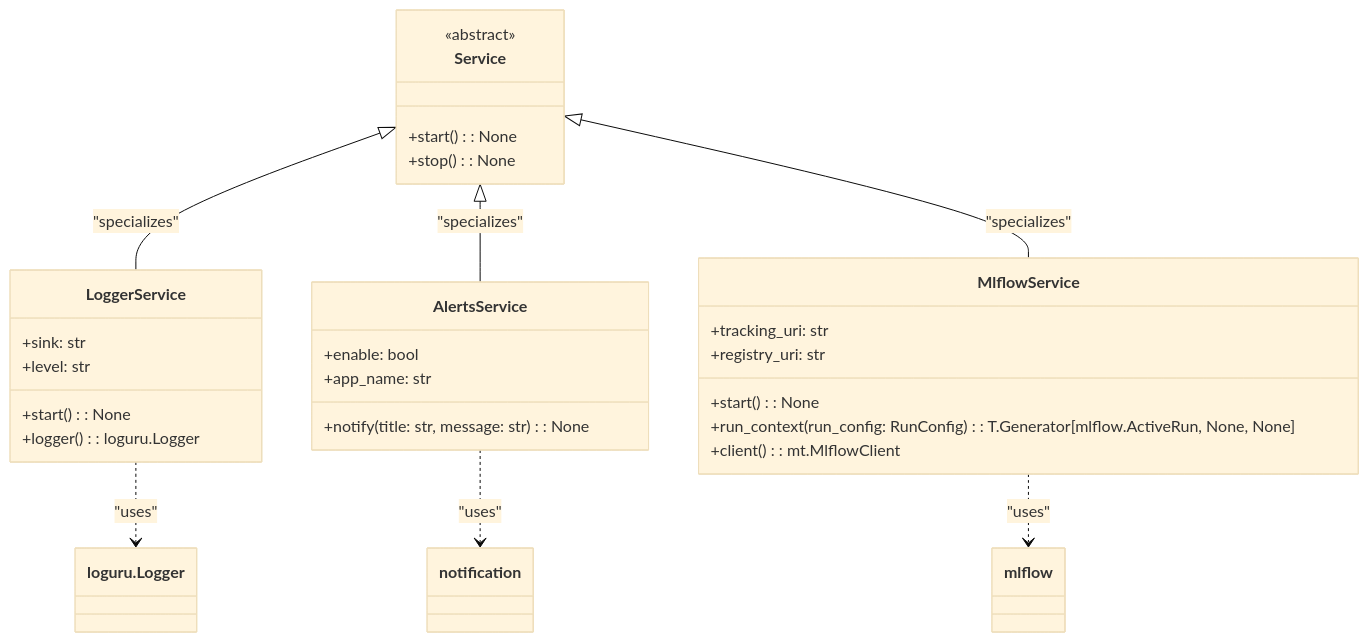
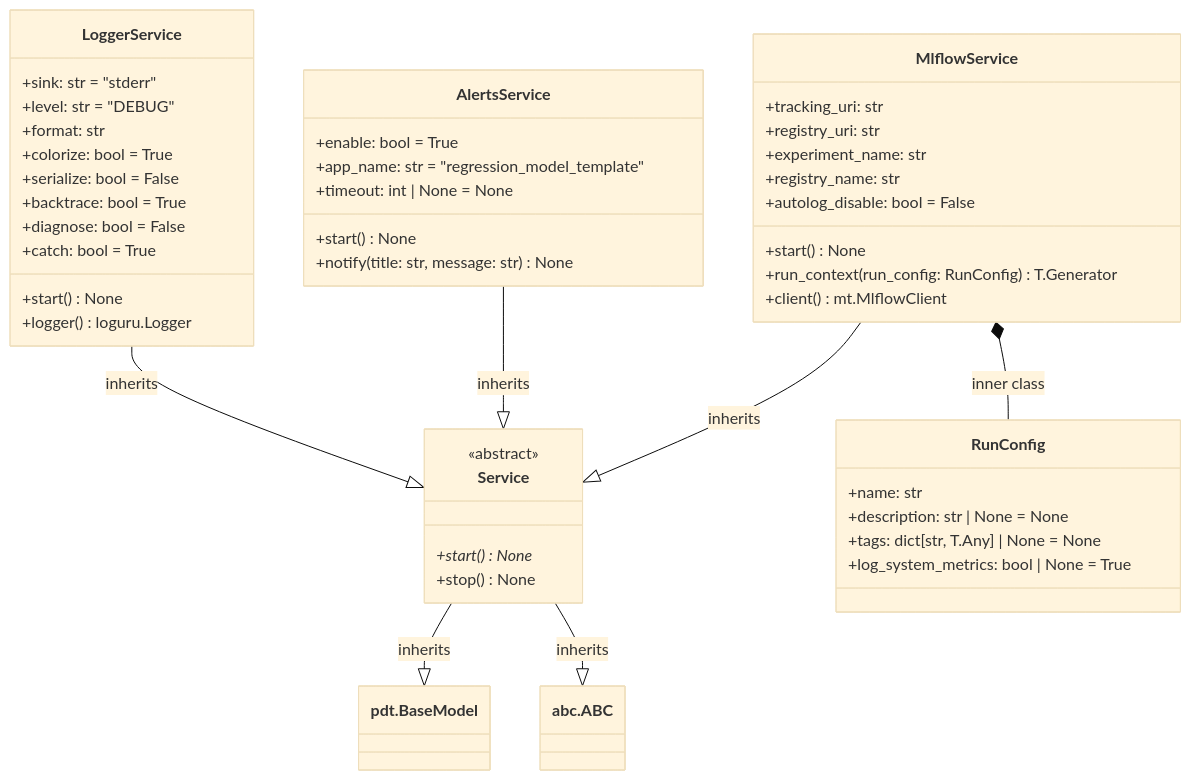
One commit to lgcorzo/mlops-python-package changed the diagram in Documents/Services_stories.md. Above: the diagram before and after it, drawn with Mermaid (base theme). The commit also changed 21 other files, not shown here.

````diff
--- a/Documents/Services_stories.md
+++ b/Documents/Services_stories.md
@@ -19,41 +19,53 @@
 ```mermaid
 classDiagram
-    %% Base Class: Service
     class Service {
         <<abstract>>
-        +start(): None
-        +stop(): None
+        +start()* None
+        +stop() None
     }
+    Service --|> pdt.BaseModel : inherits
+    Service --|> abc.ABC : inherits
 
-    %% LoggerService Class
     class LoggerService {
-        +sink: str
-        +level: str
-        +start(): None
-        +logger(): loguru.Logger
+        +sink: str = "stderr"
+        +level: str = "DEBUG"
+        +format: str
+        +colorize: bool = True
+        +serialize: bool = False
+        +backtrace: bool = True
+        +diagnose: bool = False
+        +catch: bool = True
+        +start() None
+        +logger() loguru.Logger
     }
-    Service <|-- LoggerService : "specializes"
+    LoggerService --|> Service : inherits
 
-    %% AlertsService Class
     class AlertsService {
-        +enable: bool
-        +app_name: str
-        +notify(title: str, message: str): None
+        +enable: bool = True
+        +app_name: str = "regression_model_template"
+        +timeout: int | None = None
+        +start() None
+        +notify(title: str, message: str) None
     }
-    Service <|-- AlertsService : "specializes"
+    AlertsService --|> Service : inherits
 
-    %% MlflowService Class
     class MlflowService {
         +tracking_uri: str
         +registry_uri: str
-        +start(): None
-        +run_context(run_config: RunConfig): T.Generator[mlflow.ActiveRun, None, None]
-        +client(): mt.MlflowClient
+        +experiment_name: str
+        +registry_name: str
+        +autolog_disable: bool = False
+        +start() None
+        +run_context(run_config: RunConfig) T.Generator
+        +client() mt.MlflowClient
     }
-    Service <|-- MlflowService : "specializes"
+    MlflowService --|> Service : inherits
 
-    %% Relationships
-    LoggerService ..> loguru.Logger : "uses"
-    AlertsService ..> notification : "uses"
-    MlflowService ..> mlflow : "uses"
+    class RunConfig {
+        +name: str
+        +description: str | None = None
+        +tags: dict[str, T.Any] | None = None
+        +log_system_metrics: bool | None = True
+    }
+    MlflowService *-- RunConfig : inner class
 ```
````
